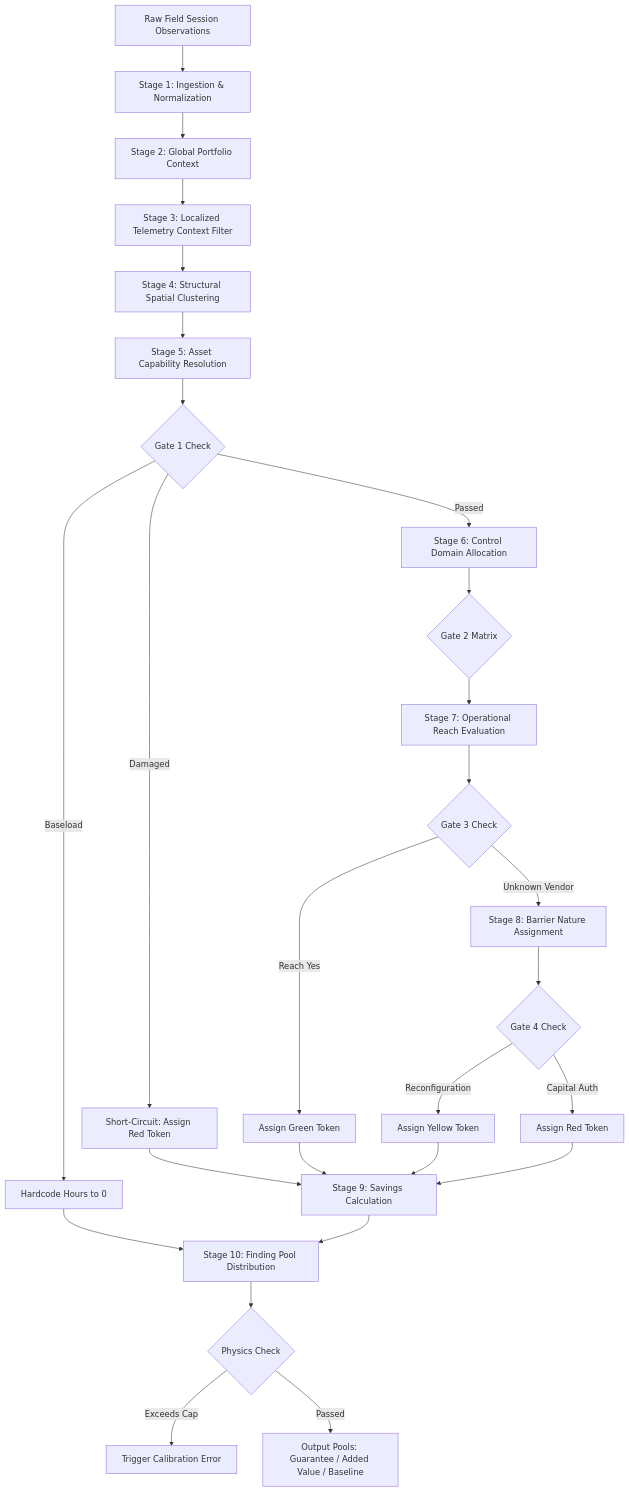
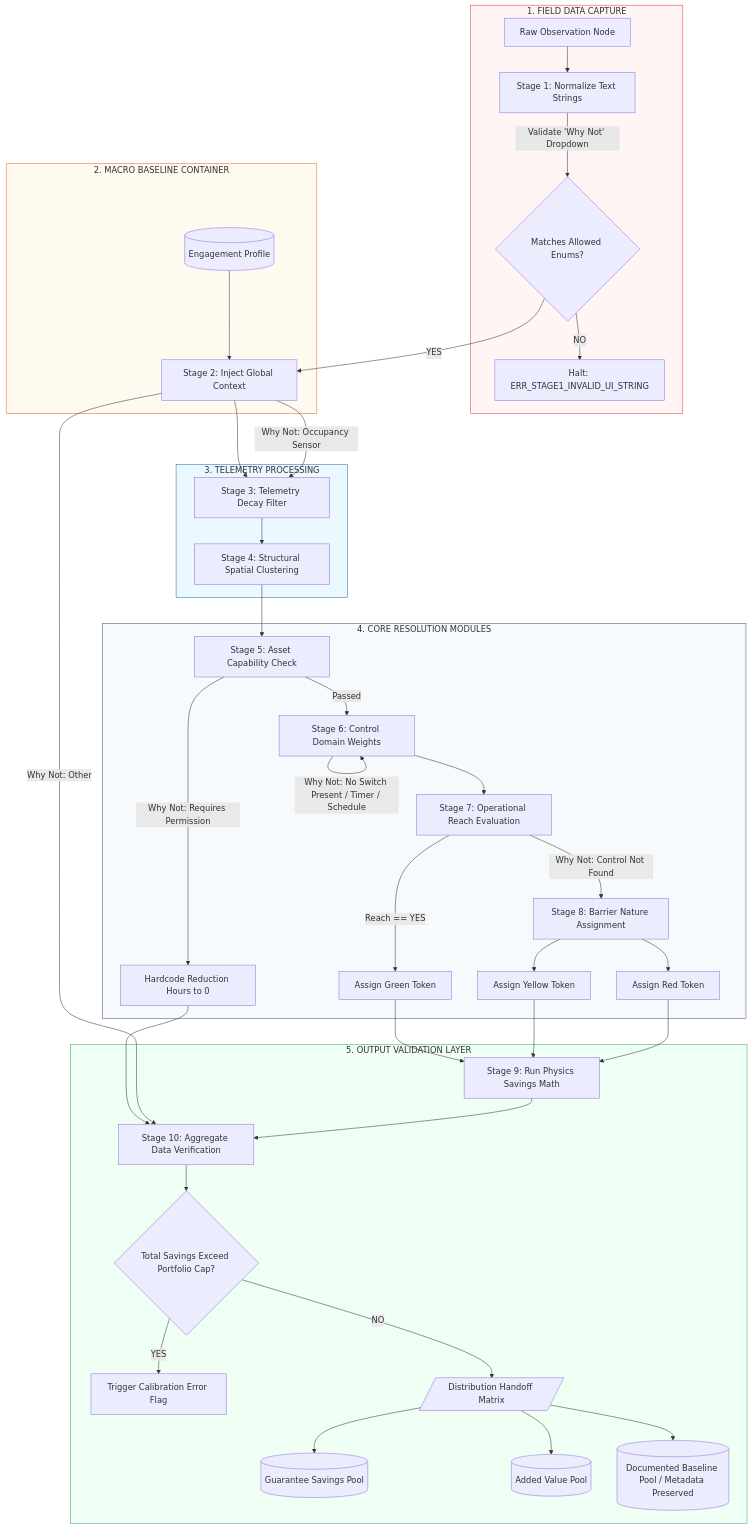
One commit to c883/Inference-Engine changed the diagram in docs/architecture/inference-engine-spec.md. Above: the diagram before and after it, drawn with Mermaid. The commit also changed other lines of this file, not shown here.

Commit message:
Enhance inference engine spec with detailed stages
Expanded the technical visualization of the backend pipeline execution paths and added detailed specifications for Stage 1: Ingestion and Normalization.

````diff
--- a/docs/architecture/inference-engine-spec.md
+++ b/docs/architecture/inference-engine-spec.md
@@ -20,35 +20,72 @@
 ```mermaid
 flowchart TD
-    In[Raw Field Session Observations] --> S1[Stage 1: Ingestion & Normalization]
-    S1 --> S2[Stage 2: Global Portfolio Context]
-    S2 --> S3[Stage 3: Localized Telemetry Context Filter]
-    S3 --> S4[Stage 4: Structural Spatial Clustering]
-    S4 --> S5[Stage 5: Asset Capability Resolution]
-    
-    S5 --> G1{Gate 1 Check}
-    G1 -->|Damaged| SC_Red[Short-Circuit: Assign Red Token]
-    G1 -->|Baseload| SC_Base[Hardcode Hours to 0]
-    G1 -->|Passed| S6[Stage 6: Control Domain Allocation]
-    
-    S6 --> G2{Gate 2 Matrix}
-    G2 --> S7[Stage 7: Operational Reach Evaluation]
-    
-    S7 --> G3{Gate 3 Check}
-    G3 -->|Unknown Vendor| S8[Stage 8: Barrier Nature Assignment]
-    G3 -->|Reach Yes| Path_Green[Assign Green Token]
-    
-    S8 --> G4{Gate 4 Check}
-    G4 -->|Reconfiguration| Path_Yellow[Assign Yellow Token]
-    G4 -->|Capital Auth| Path_Red[Assign Red Token]
-    
-    SC_Red --> S9[Stage 9: Savings Calculation]
-    Path_Green --> S9
-    Path_Yellow --> S9
-    Path_Red --> S9
-    SC_Base --> S10[Stage 10: Finding Pool Distribution]
-    S9 --> S10
-    
-    S10 --> Val{Physics Check}
-    Val -->|Exceeds Cap| Err[Trigger Calibration Error]
-    Val -->|Passed| Output[Output Pools: Guarantee / Added Value / Baseline]
+    %% Custom UI Styles for Clarity
+    classDef layer1 fill:#fff5f5,stroke:#e53e3e,stroke-width:2px,color:#9b2c2c;
+    classDef layer2 fill:#fffaf0,stroke:#dd6b20,stroke-width:2px,color:#9c4221;
+    classDef layer3 fill:#ebf8ff,stroke:#2b6cb0,stroke-width:2px,color:#1a365d;
+    classDef layer4 fill:#f7fafc,stroke:#4a5568,stroke-width:2px,color:#2d3748;
+    classDef layer5 fill:#f0fff4,stroke:#38a169,stroke-width:2px,color:#22543d;
+
+    %% --- LAYER 1: FIELD DATA ACQUISITION ---
+    subgraph L1 [1. FIELD DATA CAPTURE]
+        A[Raw Observation Node] --> S1[Stage 1: Normalize Text Strings]
+        S1 -->|Validate 'Why Not' Dropdown| FormCheck{Matches Allowed Enums?}
+        FormCheck -->|NO| Err_1[Halt: ERR_STAGE1_INVALID_UI_STRING]
+    end
+    style L1 fill:#fff5f5,stroke:#e53e3e,stroke-width:1px
+
+    %% --- LAYER 2: GLOBAL CONTEXT INGESTION ---
+    subgraph L2 [2. MACRO BASELINE CONTAINER]
+        FormCheck -->|YES| S2[Stage 2: Inject Global Context]
+        D[(Engagement Profile)] --> S2
+    end
+    style L2 fill:#fffaf0,stroke:#dd6b20,stroke-width:1px
+
+    %% --- LAYER 3: REAL-TIME TELEMETRY FILTERS ---
+    subgraph L3 [3. TELEMETRY PROCESSING]
+        S2 --> S3[Stage 3: Telemetry Decay Filter]
+        S2 -->|Why Not: Occupancy Sensor| S3
+        S3 --> S4[Stage 4: Structural Spatial Clustering]
+    end
+    style L3 fill:#ebf8ff,stroke:#2b6cb0,stroke-width:1px
+
+    %% --- LAYER 4: RESOLUTION ENGINE & PATHS ---
+    subgraph L4 [4. CORE RESOLUTION MODULES]
+        S4 --> S5[Stage 5: Asset Capability Check]
+        
+        %% Short Circuits
+        S5 -->|Why Not: Requires Permission| SC_Base[Hardcode Reduction Hours to 0]
+        
+        %% Normal Tree & Logic Splits
+        S5 -->|Passed| S6[Stage 6: Control Domain Weights]
+        S6 -->|Why Not: No Switch Present / Timer / Schedule| S6
+        
+        S6 --> S7[Stage 7: Operational Reach Evaluation]
+        S7 -->|Why Not: Control Not Found| S8[Stage 8: Barrier Nature Assignment]
+        S7 -->|Reach == YES| Path_Green[Assign Green Token]
+        
+        S8 --> Path_Yellow[Assign Yellow Token]
+        S8 --> Path_Red[Assign Red Token]
+    end
+    style L4 fill:#f7fafc,stroke:#4a5568,stroke-width:1px
+
+    %% --- LAYER 5: VALIDATION & SAVINGS POOLS ---
+    subgraph L5 [5. OUTPUT VALIDATION LAYER]
+        SC_Base --> S10
+        Path_Green --> S9[Stage 9: Run Physics Savings Math]
+        Path_Yellow --> S9
+        Path_Red --> S9
+        
+        S2 -->|Why Not: Other| S10[Stage 10: Aggregate Data Verification]
+        S9 --> S10
+        
+        S10 --> Check{Total Savings Exceed Portfolio Cap?}
+        Check -->|YES| Err_2[Trigger Calibration Error Flag]
+        Check -->|NO| Handoff[/Distribution Handoff Matrix/]
+        
+        Handoff --> Pool1[(Guarantee Savings Pool)]
+        Handoff --> Pool2[(Added Value Pool)]
+        Handoff --> Pool3[(Documented Baseline Pool / Metadata Preserved)]
+    end
+    style L5 fill:#f0fff4,stroke:#38a169,stroke-width:1px
 ```
````
